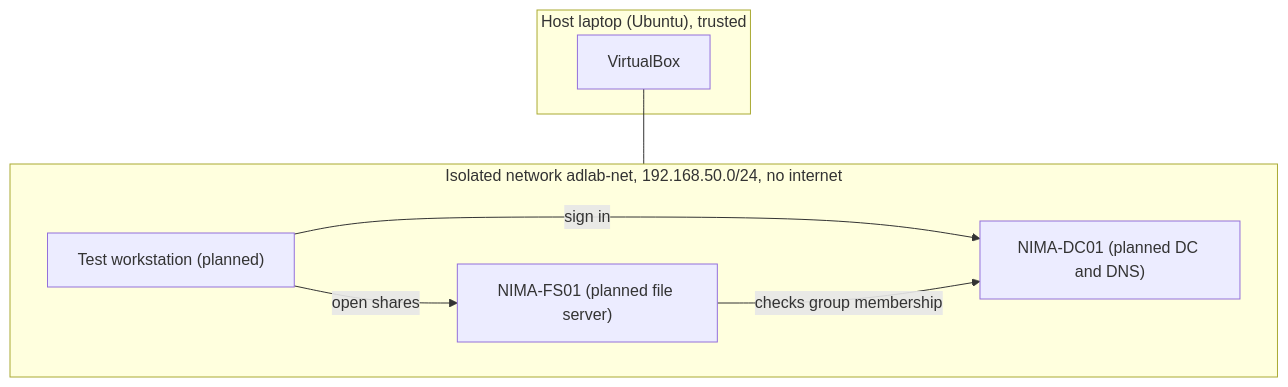
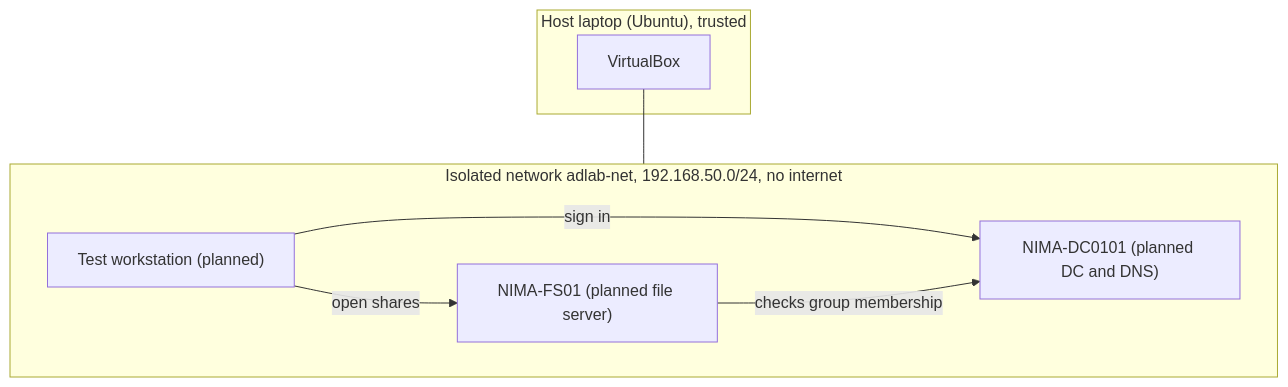
Before and after one commit to CloudNerd001/active-directory-identity-lifecycle-lab: the diagram in architecture/lab-architecture.md, drawn with Mermaid. The commit also changed 9 other files, not shown here.

````diff
--- a/architecture/lab-architecture.md
+++ b/architecture/lab-architecture.md
@@ -3,15 +3,15 @@
 ```mermaid
 flowchart TB
   subgraph Host["Host laptop (Ubuntu), trusted"]
     VB[VirtualBox]
   end
   subgraph Net["Isolated network adlab-net, 192.168.50.0/24, no internet"]
-    DC["NIMA-DC01 (planned DC and DNS)"]
+    DC["NIMA-DC0101 (planned DC and DNS)"]
     FS["NIMA-FS01 (planned file server)"]
     WS["Test workstation (planned)"]
   end
   VB --- Net
   WS -->|sign in| DC
   WS -->|open shares| FS
   FS -->|checks group membership| DC
 ```
````
